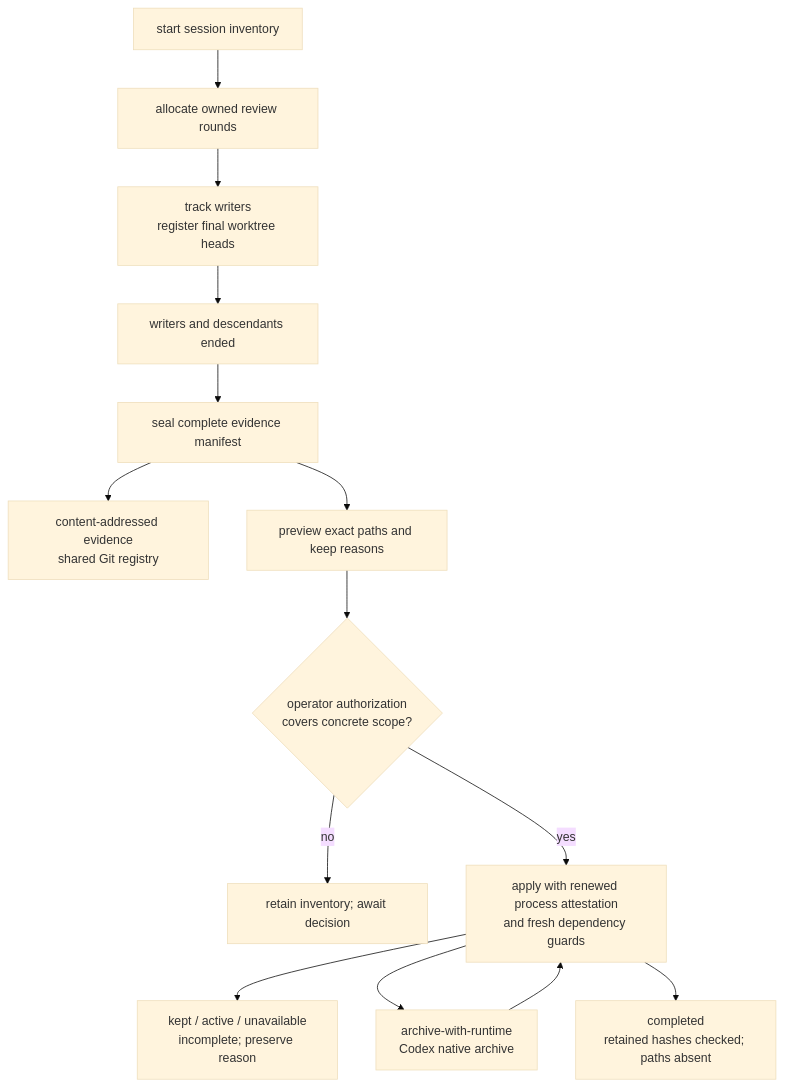
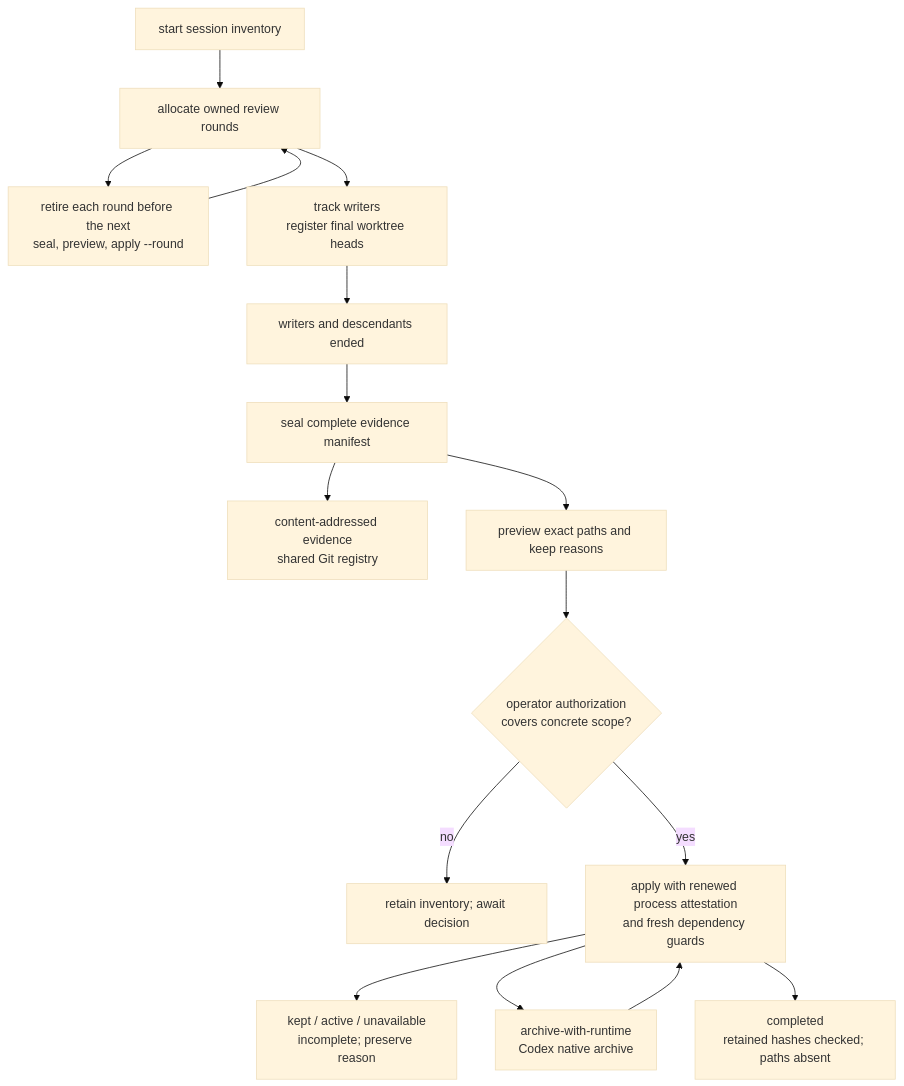
Before and after one commit to topij/agentic-dev-kit: the fifth of 6 diagrams in docs/architecture.md, drawn with Mermaid (base theme). The commit also changed 6 other files, not shown here.

````diff
--- a/docs/architecture.md
+++ b/docs/architecture.md
@@ -198,16 +198,18 @@
 ```mermaid
 flowchart TB
     Start["start session inventory"] --> Allocate["allocate owned review rounds"]
+    Allocate --> Round["retire each round before the next<br/>seal, preview, apply --round"]
+    Round --> Allocate
     Allocate --> Work["track writers<br/>register final worktree heads"]
     Work --> Stop["writers and descendants ended"]
     Stop --> Seal["seal complete evidence manifest"]
     Seal --> Evidence["content-addressed evidence<br/>shared Git registry"]
     Seal --> Preview["preview exact paths and keep reasons"]
     Preview --> Consent{"operator authorization<br/>covers concrete scope?"}
     Consent -->|no| Hold["retain inventory; await decision"]
     Consent -->|yes| Apply["apply with renewed process attestation<br/>and fresh dependency guards"]
     Apply --> Kept["kept / active / unavailable<br/>incomplete; preserve reason"]
     Apply --> Native["archive-with-runtime<br/>Codex native archive"]
     Native --> Apply
     Apply --> Complete["completed<br/>retained hashes checked; paths absent"]
 ```
````
